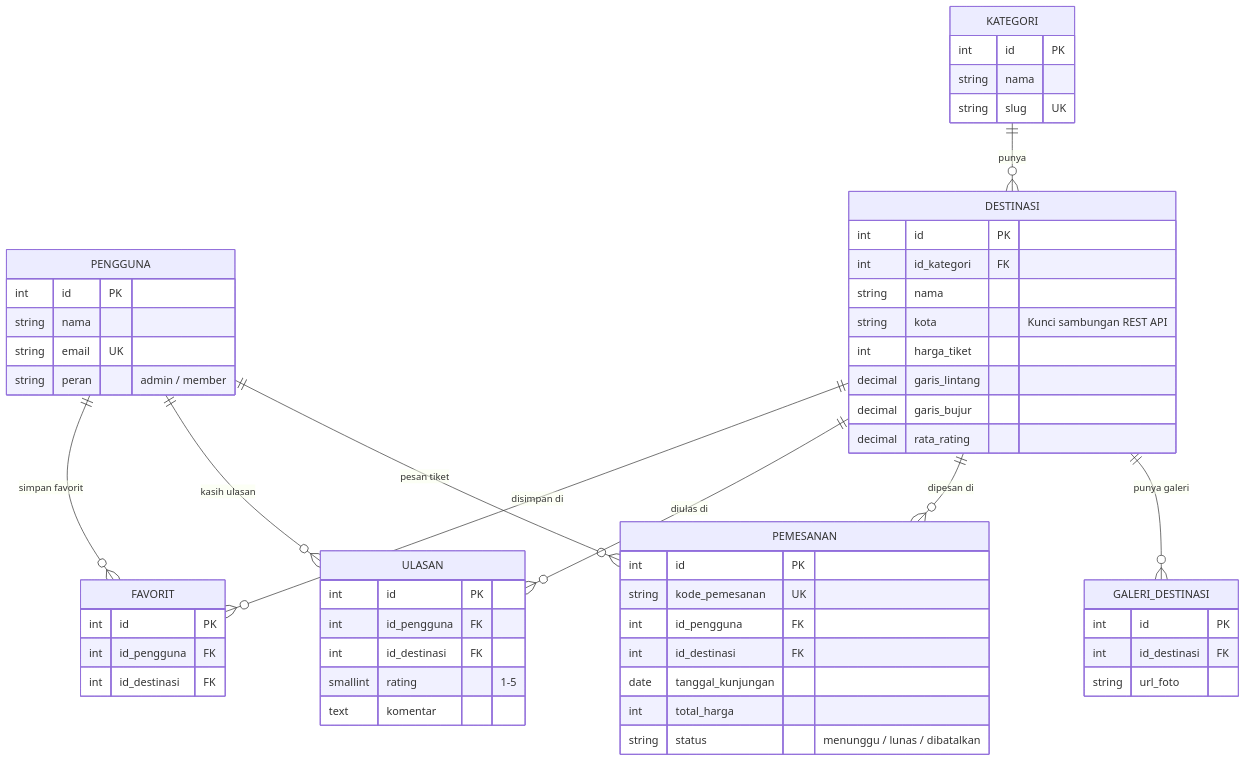
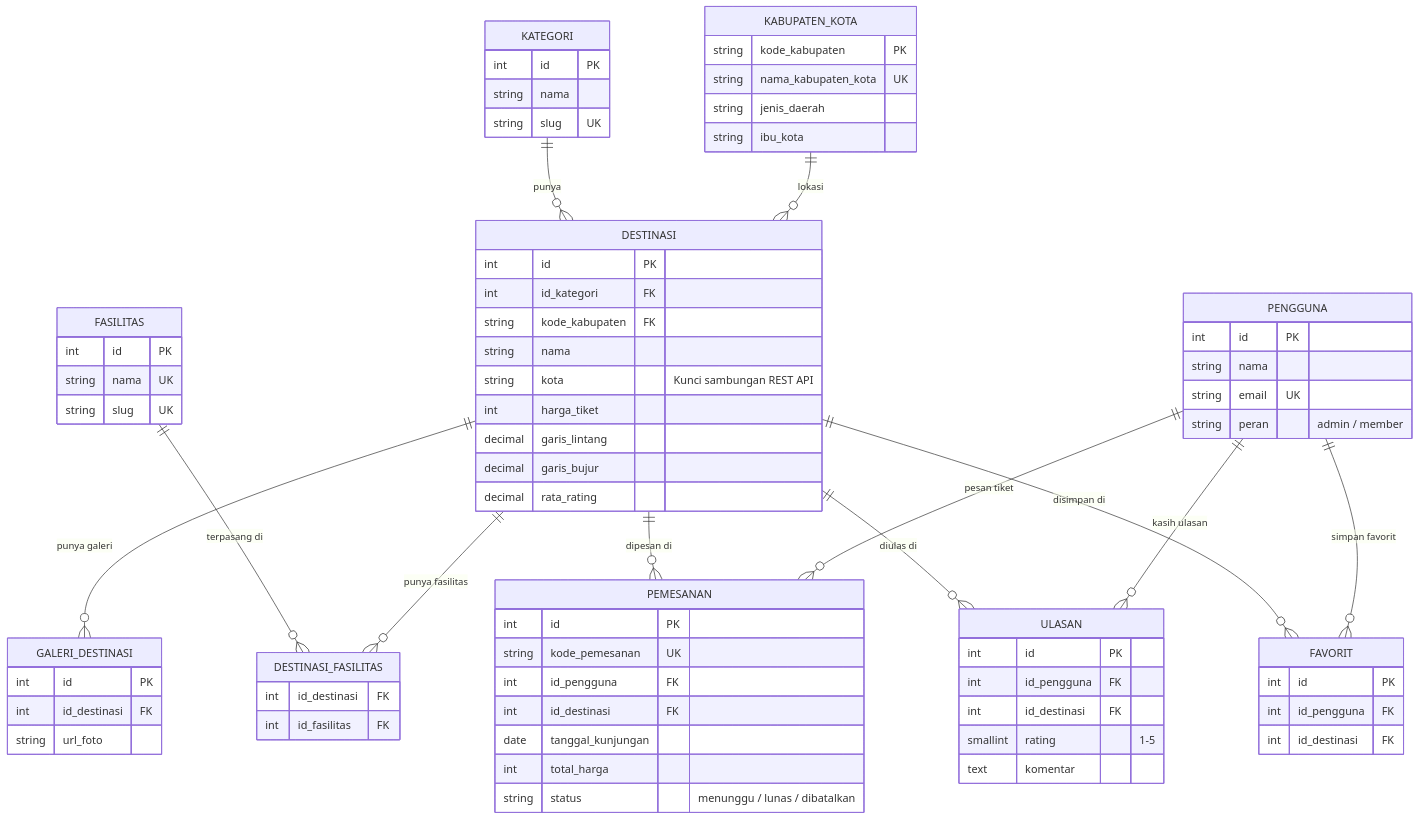
One commit to brian-silaban/tugas_akhir_client_server changed the diagram in README.md. Above: the diagram before and after it, drawn with Mermaid. The commit also changed other lines of this file and 9 other files, not shown here.

````diff
--- a/README.md
+++ b/README.md
@@ -93,59 +95,78 @@
 ```mermaid
 erDiagram
+    KABUPATEN_KOTA ||--o{ DESTINASI : "lokasi"
+    KATEGORI ||--o{ DESTINASI : "punya"
+    DESTINASI ||--o{ DESTINASI_FASILITAS : "punya fasilitas"
+    FASILITAS ||--o{ DESTINASI_FASILITAS : "terpasang di"
     PENGGUNA ||--o{ PEMESANAN : "pesan tiket"
     PENGGUNA ||--o{ ULASAN : "kasih ulasan"
     PENGGUNA ||--o{ FAVORIT : "simpan favorit"
-    KATEGORI ||--o{ DESTINASI : "punya"
     DESTINASI ||--o{ GALERI_DESTINASI : "punya galeri"
     DESTINASI ||--o{ PEMESANAN : "dipesan di"
     DESTINASI ||--o{ ULASAN : "diulas di"
     DESTINASI ||--o{ FAVORIT : "disimpan di"
 
+    KABUPATEN_KOTA {
+        string kode_kabupaten PK
+        string nama_kabupaten_kota UK
+        string jenis_daerah
+        string ibu_kota
+    }
     PENGGUNA {
         int id PK
         string nama
         string email UK
         string peran "admin / member"
     }
     KATEGORI {
         int id PK
         string nama
         string slug UK
     }
     DESTINASI {
         int id PK
         int id_kategori FK
+        string kode_kabupaten FK
         string nama
         string kota "Kunci sambungan REST API"
         int harga_tiket
         decimal garis_lintang
         decimal garis_bujur
         decimal rata_rating
+    }
+    FASILITAS {
+        int id PK
+        string nama UK
+        string slug UK
+    }
+    DESTINASI_FASILITAS {
+        int id_destinasi FK
+        int id_fasilitas FK
     }
     GALERI_DESTINASI {
         int id PK
         int id_destinasi FK
         string url_foto
     }
     PEMESANAN {
         int id PK
         string kode_pemesanan UK
         int id_pengguna FK
         int id_destinasi FK
         date tanggal_kunjungan
         int total_harga
         string status "menunggu / lunas / dibatalkan"
     }
     ULASAN {
         int id PK
         int id_pengguna FK
         int id_destinasi FK
         smallint rating "1-5"
         text komentar
     }
     FAVORIT {
         int id PK
         int id_pengguna FK
         int id_destinasi FK
     }
 ```
````
